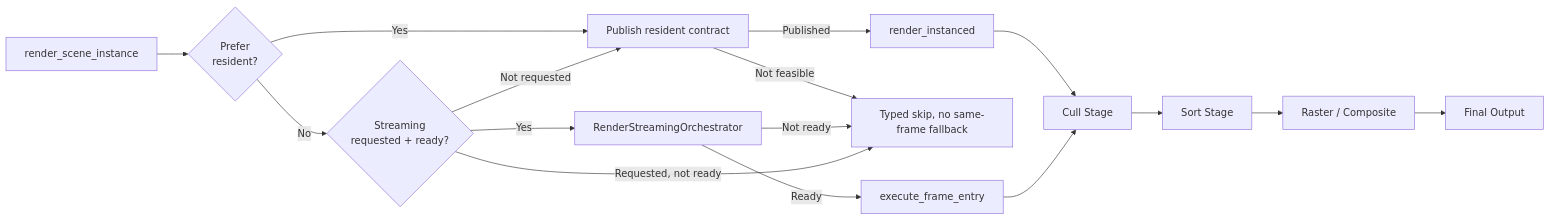
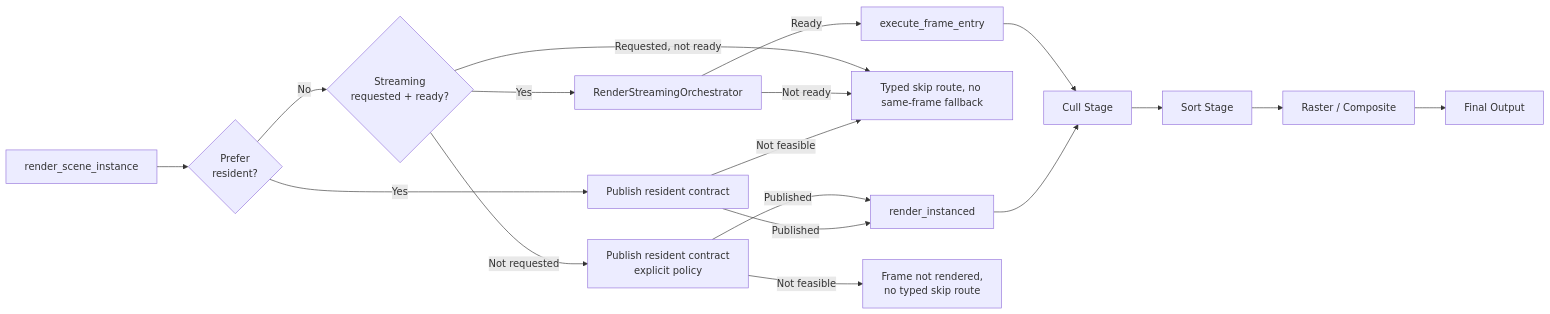
Before and after one commit to klausi3D/godotGS: the diagram in docs/architecture/render-pipeline.md, drawn with Mermaid. The commit also changed other lines of this file and 9 other files, not shown here.

````diff
--- a/docs/architecture/render-pipeline.md
+++ b/docs/architecture/render-pipeline.md
@@ -24,18 +24,20 @@
 ```mermaid
 flowchart LR
     Entry[render_scene_instance] --> Plan{Prefer<br/>resident?}
     Plan -- Yes --> Resident[Publish resident contract]
     Resident -- Published --> Inst[render_instanced]
     Inst --> Cull[Cull Stage]
-    Resident -- Not feasible --> Skip[Typed skip, no same-frame fallback]
+    Resident -- Not feasible --> Skip[Typed skip route, no same-frame fallback]
     Plan -- No --> Stream{Streaming<br/>requested + ready?}
     Stream -- Yes --> StreamOrch[RenderStreamingOrchestrator]
     StreamOrch -- Ready --> Entry2[execute_frame_entry]
     Entry2 --> Cull
     StreamOrch -- Not ready --> Skip
     Stream -- Requested, not ready --> Skip
-    Stream -- Not requested --> Resident
+    Stream -- Not requested --> ResidentExplicit[Publish resident contract<br/>explicit policy]
+    ResidentExplicit -- Published --> Inst
+    ResidentExplicit -- Not feasible --> Untyped[Frame not rendered,<br/>no typed skip route]
     Cull --> Sort[Sort Stage]
     Sort --> Raster[Raster / Composite]
     Raster --> Output[Final Output]
 ```
````
